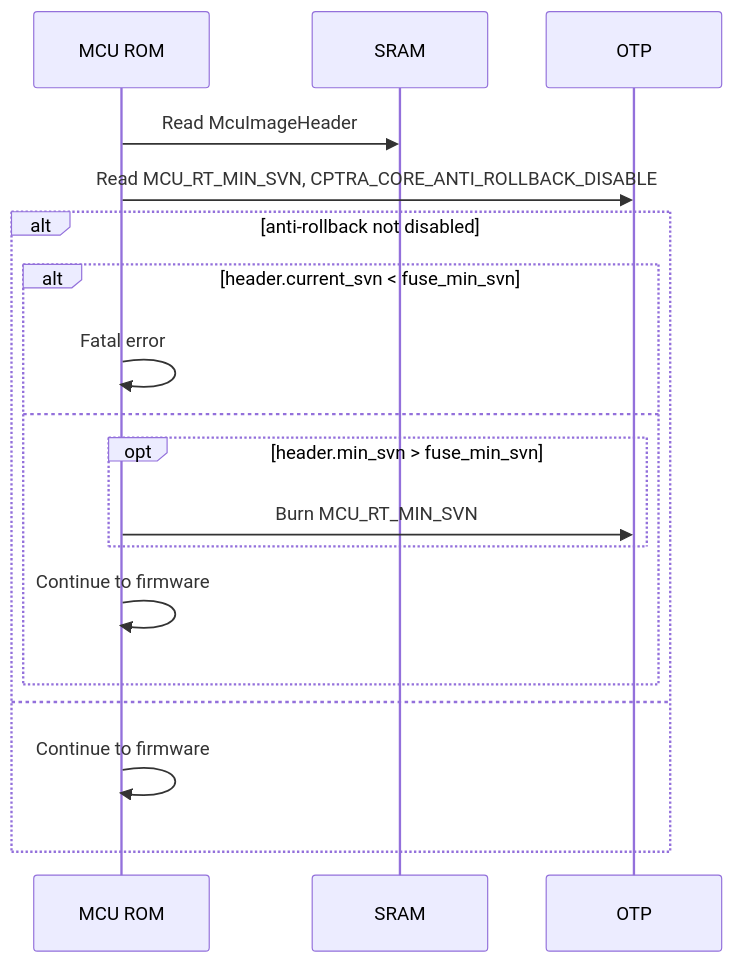
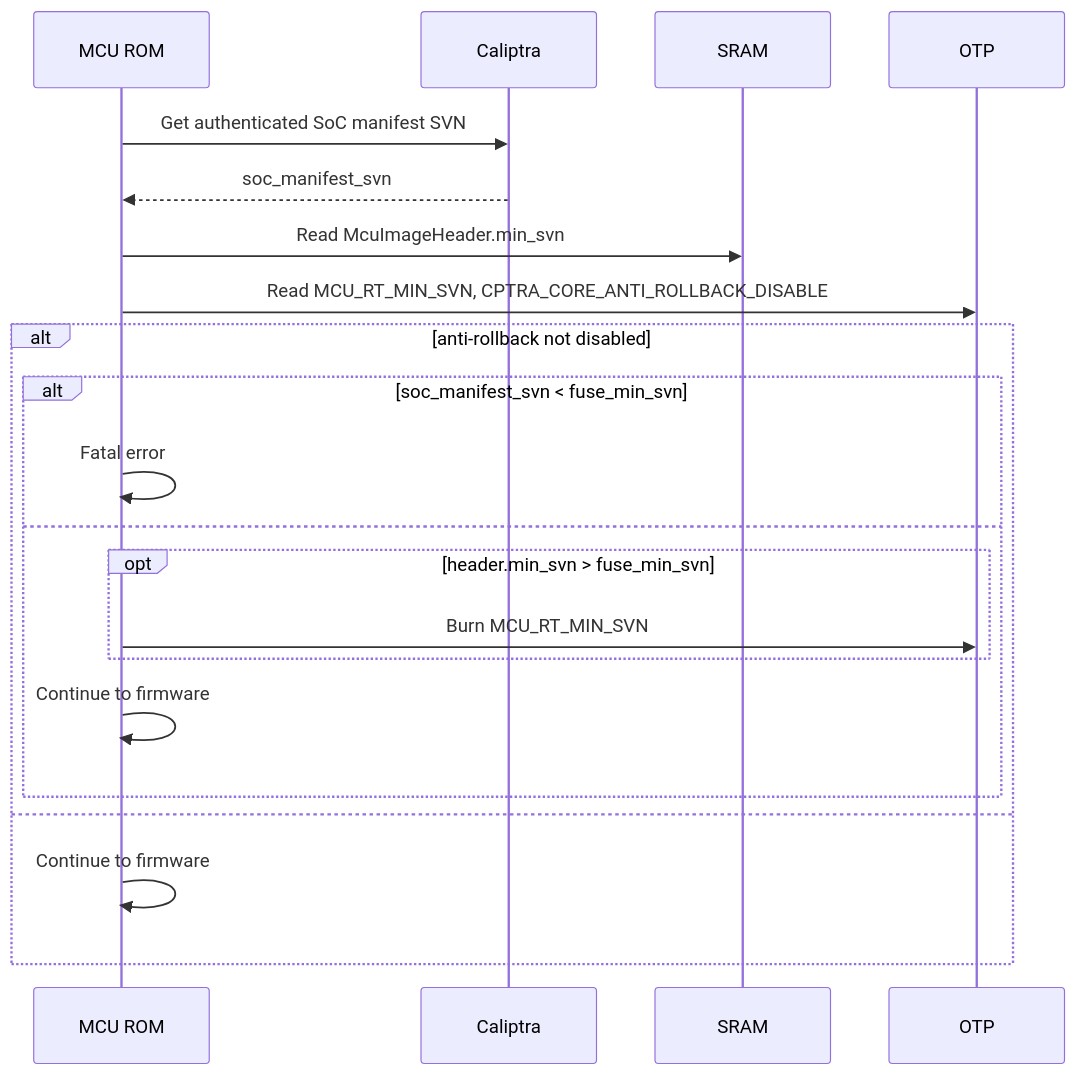
The second of 2 diagrams in docs/src/svn.md (chipsalliance/caliptra-mcu-sw), drawn with Mermaid before and after one commit. The commit also changed other lines of this file, not shown here.

First line of the commit message:
docs(svn): reuse SoC manifest SVN; add manifest-self SVN

````diff
--- a/docs/src/svn.md
+++ b/docs/src/svn.md
@@ -217,22 +279,25 @@
 ```mermaid
 sequenceDiagram
     participant ROM as MCU ROM
+    participant Caliptra
     participant SRAM
     participant OTP
 
-    ROM->>SRAM: Read McuImageHeader
+    ROM->>Caliptra: Get authenticated SoC manifest SVN
+    Caliptra-->>ROM: soc_manifest_svn
+    ROM->>SRAM: Read McuImageHeader.min_svn
     ROM->>OTP: Read MCU_RT_MIN_SVN, CPTRA_CORE_ANTI_ROLLBACK_DISABLE
 
     alt anti-rollback not disabled
-        alt header.current_svn < fuse_min_svn
+        alt soc_manifest_svn < fuse_min_svn
             ROM->>ROM: Fatal error
         else
             opt header.min_svn > fuse_min_svn
                 ROM->>OTP: Burn MCU_RT_MIN_SVN
             end
             ROM->>ROM: Continue to firmware
         end
     else
         ROM->>ROM: Continue to firmware
     end
 ```
````
